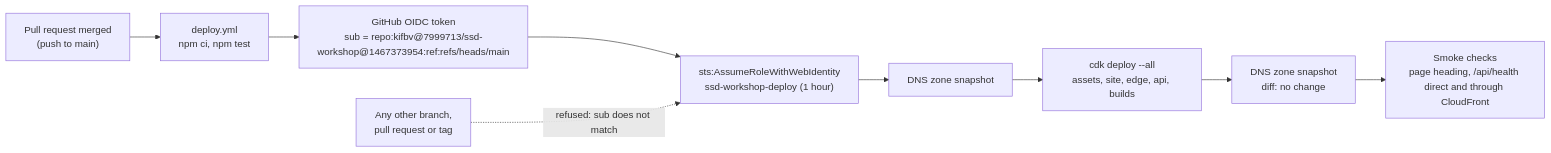
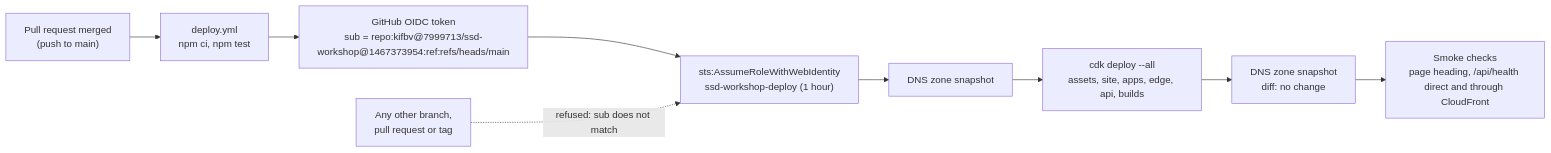
The first of 3 diagrams in infra/README.md (kifbv/ssd-workshop), drawn with Mermaid before and after one commit. The commit also changed other lines of this file and 32 other files, not shown here.

````diff
--- a/infra/README.md
+++ b/infra/README.md
@@ -29,11 +31,11 @@
 ```mermaid
 flowchart LR
   merge["Pull request merged<br/>(push to main)"] --> wf["deploy.yml<br/>npm ci, npm test"]
   wf --> oidc["GitHub OIDC token<br/>sub = repo:kifbv@7999713/ssd-workshop@1467373954:ref:refs/heads/main"]
   oidc --> role["sts:AssumeRoleWithWebIdentity<br/>ssd-workshop-deploy (1 hour)"]
   role --> before["DNS zone snapshot"]
-  before --> cdk["cdk deploy --all<br/>assets, site, edge, api, builds"]
+  before --> cdk["cdk deploy --all<br/>assets, site, apps, edge, api, builds"]
   cdk --> after["DNS zone snapshot<br/>diff: no change"]
   after --> smoke["Smoke checks<br/>page heading, /api/health direct and through CloudFront"]
   other["Any other branch,<br/>pull request or tag"] -.->|"refused: sub does not match"| role
 ```
````
